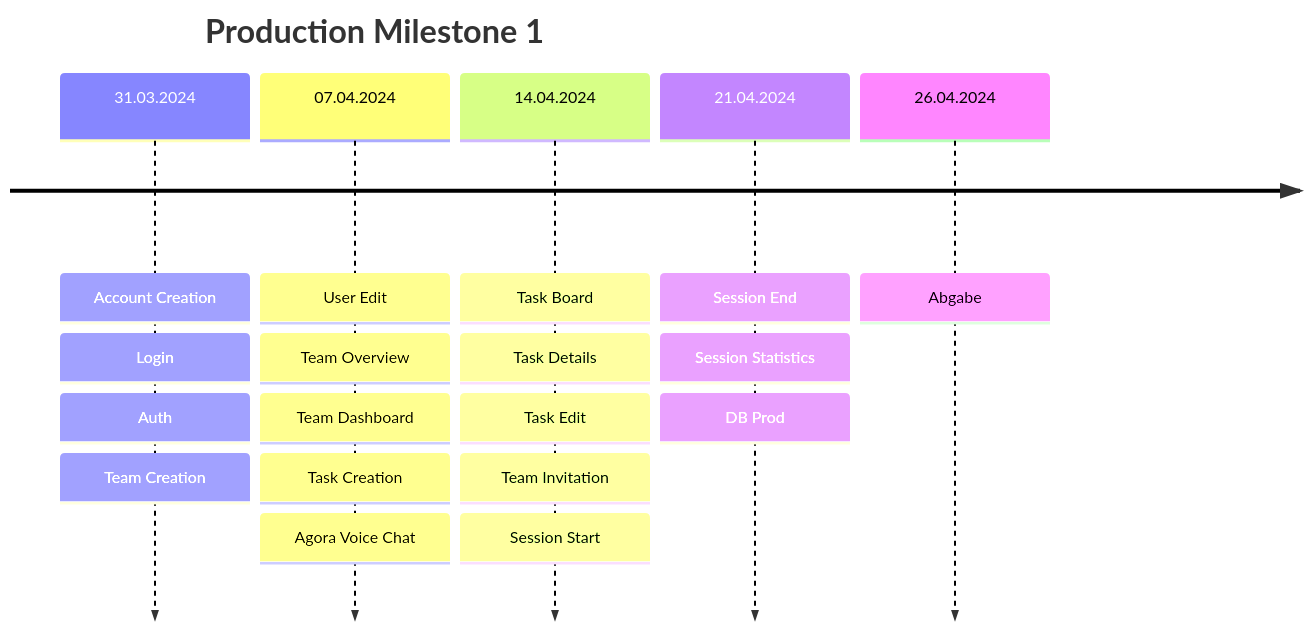
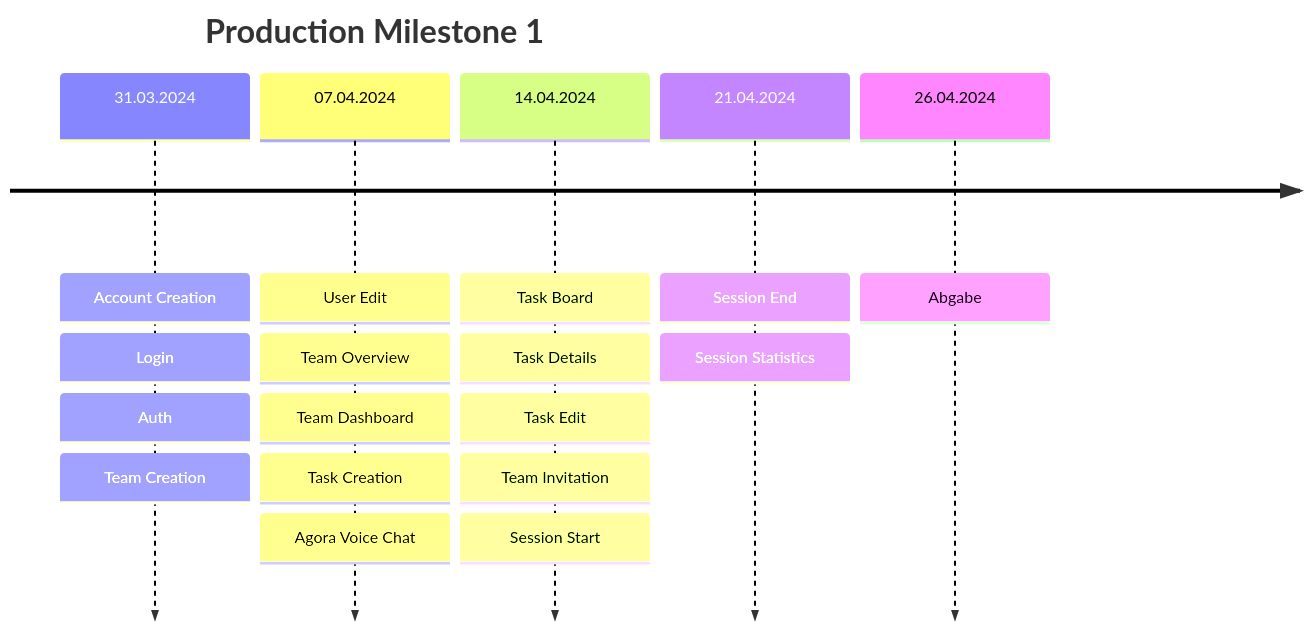
Before and after one commit to sopra-fs24-group07/sopra-fs24-group-07-server: the diagram in contributions.md, drawn with Mermaid. The commit also changed other lines of this file and 17 other files, not shown here.

````diff
--- a/contributions.md
+++ b/contributions.md
@@ -5,9 +5,9 @@
 ```mermaid
 timeline
     title Production Milestone 1
     31.03.2024: Account Creation: Login: Auth : Team Creation
     07.04.2024: User Edit: Team Overview: Team Dashboard: Task Creation: Agora Voice Chat
     14.04.2024: Task Board: Task Details: Task Edit: Team Invitation: Session Start
-    21.04.2024: Session End: Session Statistics: DB Prod
+    21.04.2024: Session End: Session Statistics
     26.04.2024: Abgabe
 ```
````
